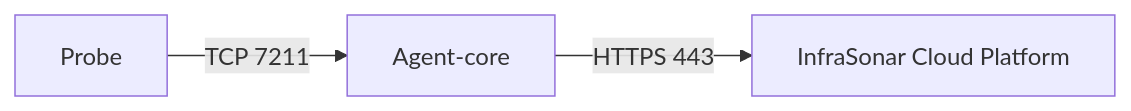
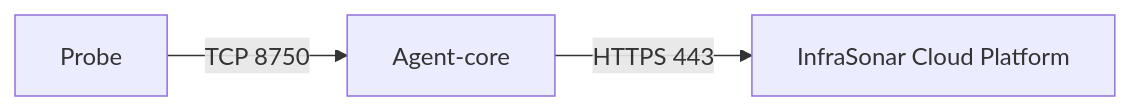
The diagram in docs/documentation/collectors/probes/agentcore.md (infrasonar/docs), drawn with Mermaid before and after one commit. The commit also changed other lines of this file and 1 other file, not shown here.

Commit message:
Changed TCP port to 8750

````diff
--- a/docs/documentation/collectors/probes/agentcore.md
+++ b/docs/documentation/collectors/probes/agentcore.md
@@ -9,4 +9,4 @@
 ``` mermaid
 graph LR
-  probe[Probe] --> | TCP 7211 | Agentcore[Agent-core] --> | HTTPS 443 | infrasonarcloud[InfraSonar Cloud Platform];
+  probe[Probe] --> | TCP 8750 | Agentcore[Agent-core] --> | HTTPS 443 | infrasonarcloud[InfraSonar Cloud Platform];
 ```
````
